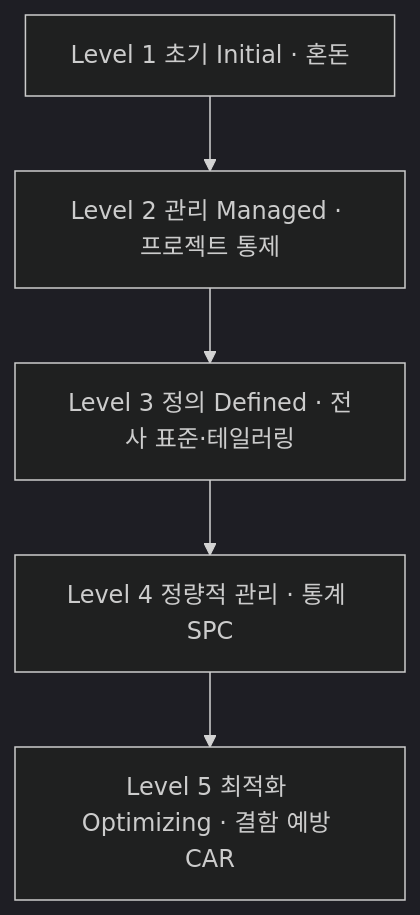
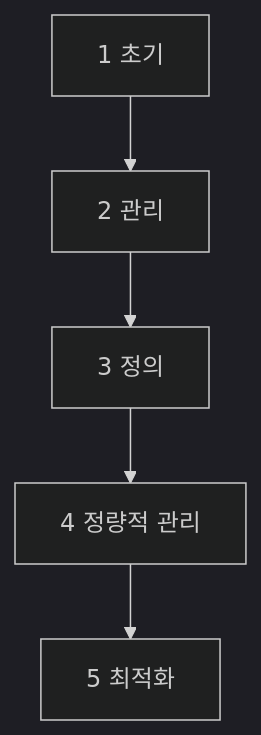
One commit to agnusdei1207/study changed the first of 2 diagrams in src/content/docs/notes/itpe/02-software-engineering/185_cmmi.md. Above: the diagram before and after it, drawn with Mermaid (dark theme). The commit also changed other lines of this file and 15 other files, not shown here.

````diff
--- a/src/content/docs/notes/itpe/02-software-engineering/185_cmmi.md
+++ b/src/content/docs/notes/itpe/02-software-engineering/185_cmmi.md
@@ -58,7 +101,7 @@
 ```mermaid
-flowchart TB
-    L1["Level 1 초기 Initial · 혼돈"] --> L2["Level 2 관리 Managed · 프로젝트 통제"]
-    L2 --> L3["Level 3 정의 Defined · 전사 표준·테일러링"]
-    L3 --> L4["Level 4 정량적 관리 · 통계 SPC"]
-    L4 --> L5["Level 5 최적화 Optimizing · 결함 예방 CAR"]
+flowchart TD
+    A[1 초기] --> B[2 관리]
+    B --> C[3 정의]
+    C --> D[4 정량적 관리]
+    D --> E[5 최적화]
 ```
````
